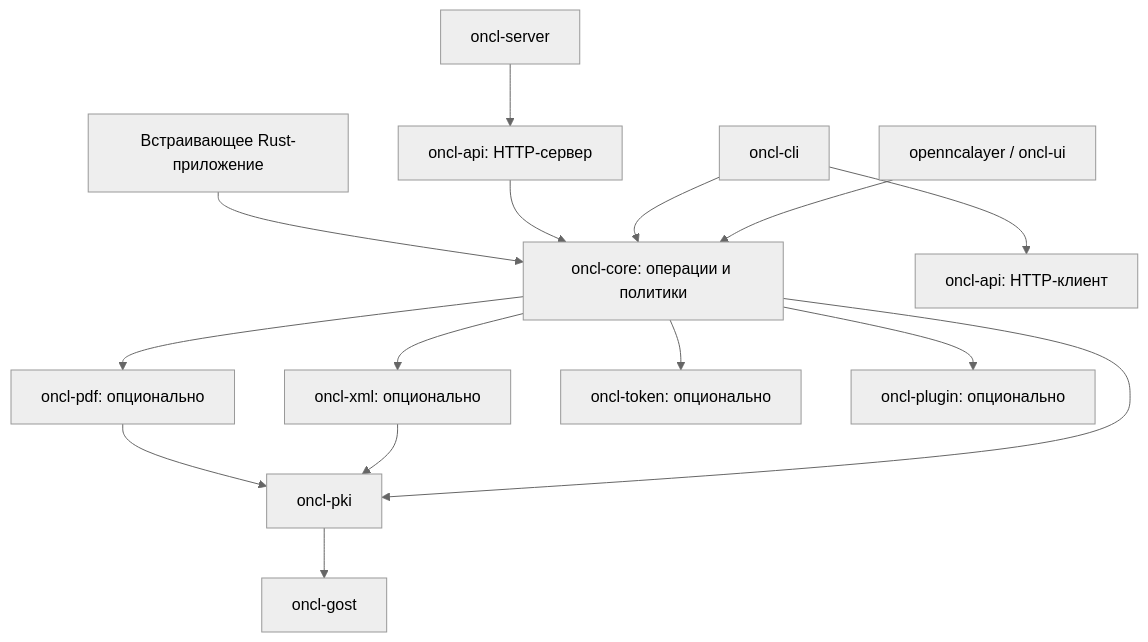
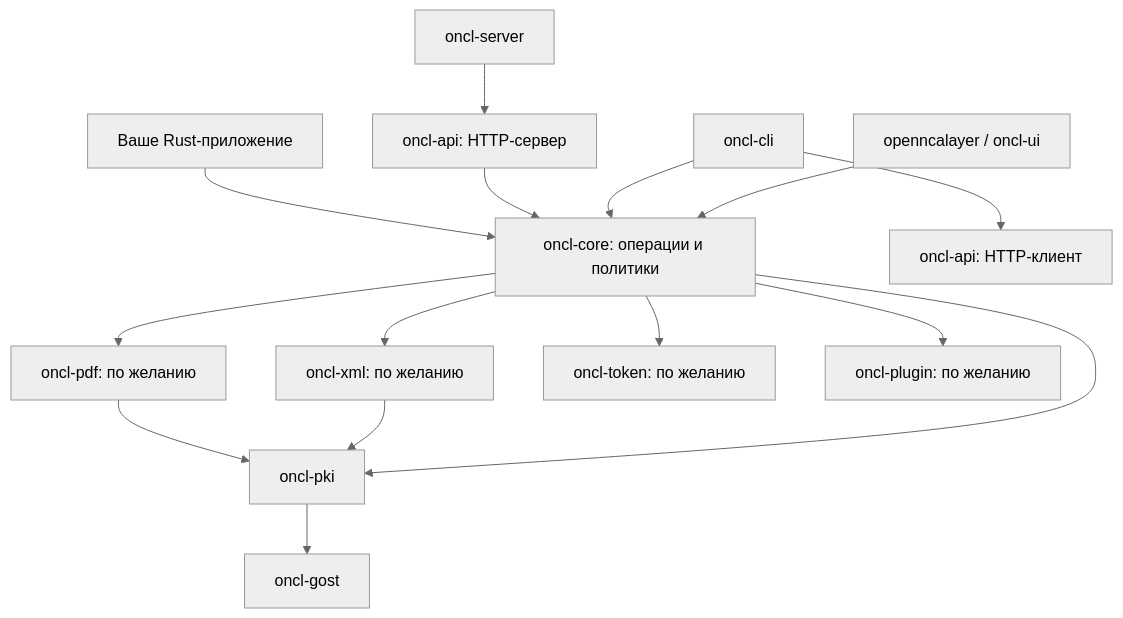
The diagram in docs/design/platform.md (arynyklas/OpenNCALayer), drawn with Mermaid (neutral theme) before and after one commit. The commit also changed other lines of this file and 51 other files, not shown here.

````diff
--- a/docs/design/platform.md
+++ b/docs/design/platform.md
@@ -52,17 +39,17 @@
 ```mermaid
 flowchart TD
     Desktop[openncalayer / oncl-ui] --> Core[oncl-core: операции и политики]
     CLI[oncl-cli] --> Core
     CLI --> Client[oncl-api: HTTP-клиент]
     Server[oncl-server] --> API[oncl-api: HTTP-сервер]
     API --> Core
-    Embed[Встраивающее Rust-приложение] --> Core
+    Embed[Ваше Rust-приложение] --> Core
     Core --> PKI[oncl-pki]
-    Core --> XML[oncl-xml: опционально]
-    Core --> PDF[oncl-pdf: опционально]
-    Core --> Tokens[oncl-token: опционально]
-    Core --> Plugins[oncl-plugin: опционально]
+    Core --> XML[oncl-xml: по желанию]
+    Core --> PDF[oncl-pdf: по желанию]
+    Core --> Tokens[oncl-token: по желанию]
+    Core --> Plugins[oncl-plugin: по желанию]
     XML --> PKI
     PDF --> PKI
     PKI --> GOST[oncl-gost]
 ```
````
